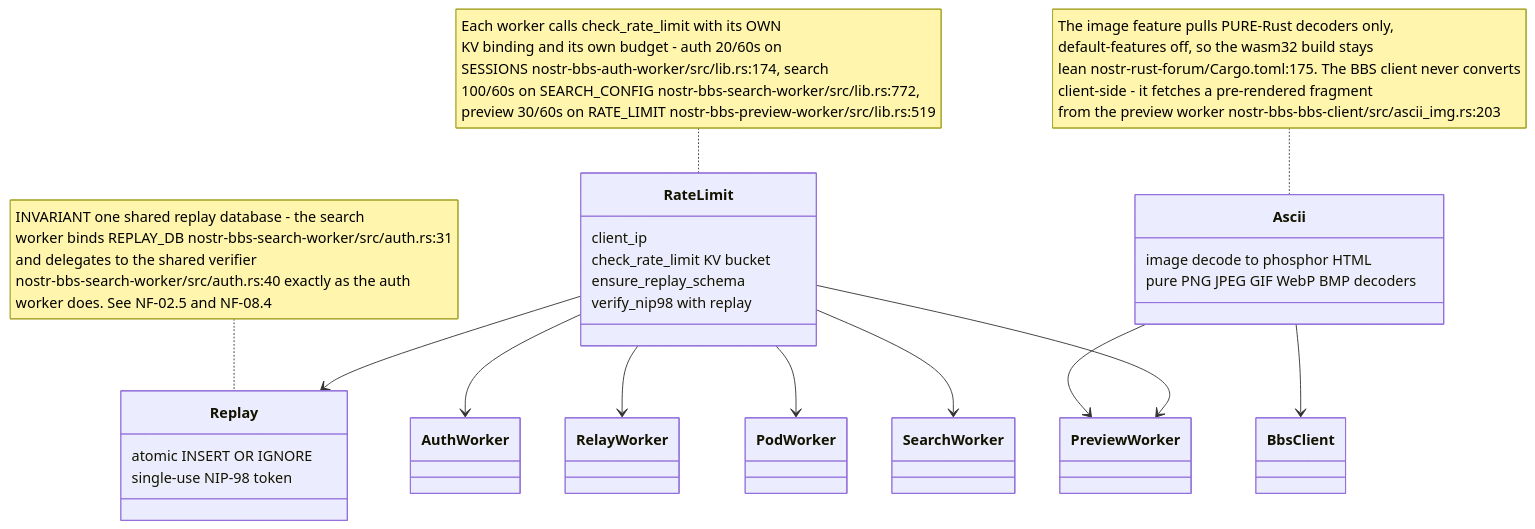
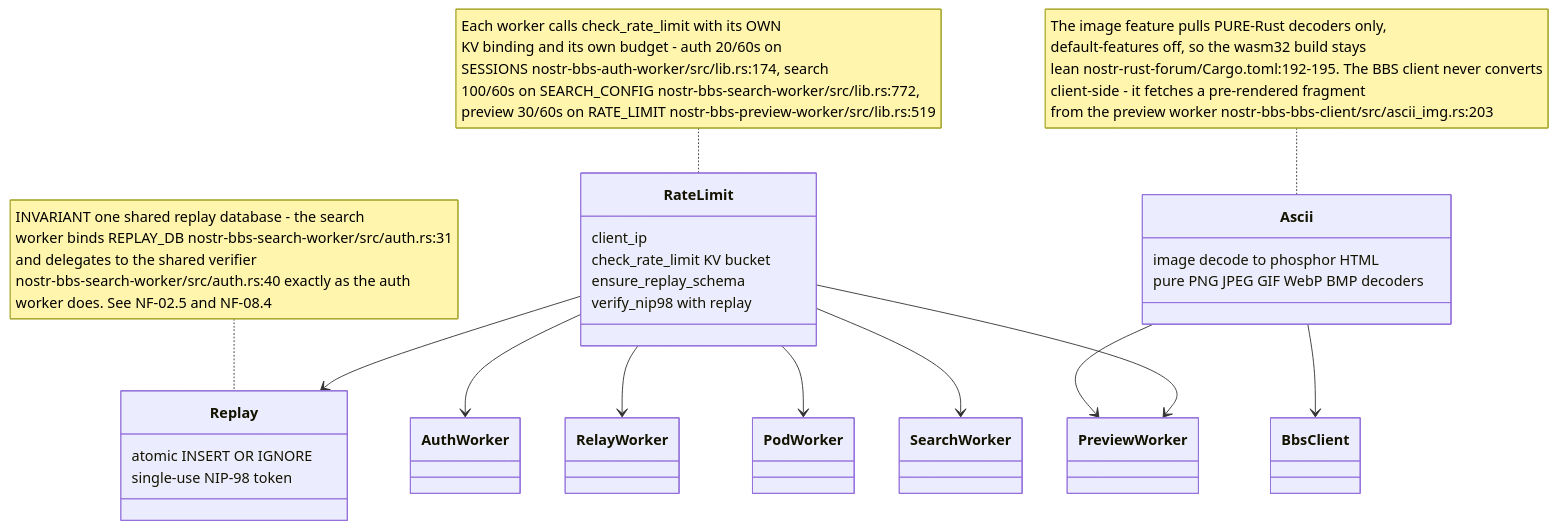
One commit to DreamLab-AI/VisionFlow changed the eighth of 8 diagrams in docs/diagrams/nostr-rust-forum/07-search-preview-and-shared-worker-utilities.md. Above: the diagram before and after it, drawn with Mermaid. The commit also changed other lines of this file and 111 other files, not shown here.

Commit message:
docs(diagrams): align estate maps with current source

````diff
--- a/docs/diagrams/nostr-rust-forum/07-search-preview-and-shared-worker-utilities.md
+++ b/docs/diagrams/nostr-rust-forum/07-search-preview-and-shared-worker-utilities.md
@@ -201,29 +201,29 @@
 ```mermaid
 classDiagram
     class RateLimit {
         client_ip
         check_rate_limit KV bucket
         ensure_replay_schema
         verify_nip98 with replay
     }
     class Replay {
         atomic INSERT OR IGNORE
         single-use NIP-98 token
     }
     class Ascii {
         image decode to phosphor HTML
         pure PNG JPEG GIF WebP BMP decoders
     }
     RateLimit --> Replay
     Ascii --> PreviewWorker
     Ascii --> BbsClient
     RateLimit --> AuthWorker
     RateLimit --> RelayWorker
     RateLimit --> PodWorker
     RateLimit --> SearchWorker
     RateLimit --> PreviewWorker
 
     note for RateLimit "Each worker calls check_rate_limit with its OWN<br/>KV binding and its own budget - auth 20/60s on<br/>SESSIONS nostr-bbs-auth-worker/src/lib.rs:174, search<br/>100/60s on SEARCH_CONFIG nostr-bbs-search-worker/src/lib.rs:772,<br/>preview 30/60s on RATE_LIMIT nostr-bbs-preview-worker/src/lib.rs:519"
     note for Replay "INVARIANT one shared replay database - the search<br/>worker binds REPLAY_DB nostr-bbs-search-worker/src/auth.rs:31<br/>and delegates to the shared verifier<br/>nostr-bbs-search-worker/src/auth.rs:40 exactly as the auth<br/>worker does. See NF-02.5 and NF-08.4"
-    note for Ascii "The image feature pulls PURE-Rust decoders only,<br/>default-features off, so the wasm32 build stays<br/>lean nostr-rust-forum/Cargo.toml:175. The BBS client never converts<br/>client-side - it fetches a pre-rendered fragment<br/>from the preview worker nostr-bbs-bbs-client/src/ascii_img.rs:203"
+    note for Ascii "The image feature pulls PURE-Rust decoders only,<br/>default-features off, so the wasm32 build stays<br/>lean nostr-rust-forum/Cargo.toml:192-195. The BBS client never converts<br/>client-side - it fetches a pre-rendered fragment<br/>from the preview worker nostr-bbs-bbs-client/src/ascii_img.rs:203"
 ```
````
